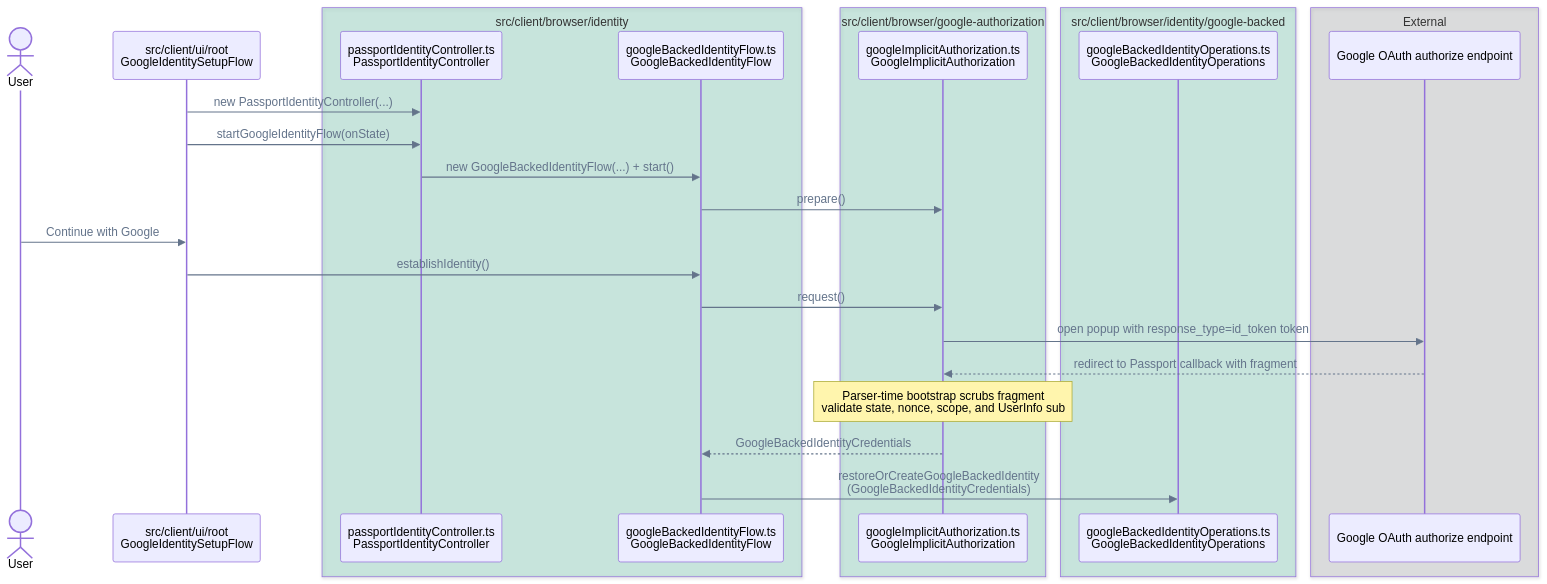
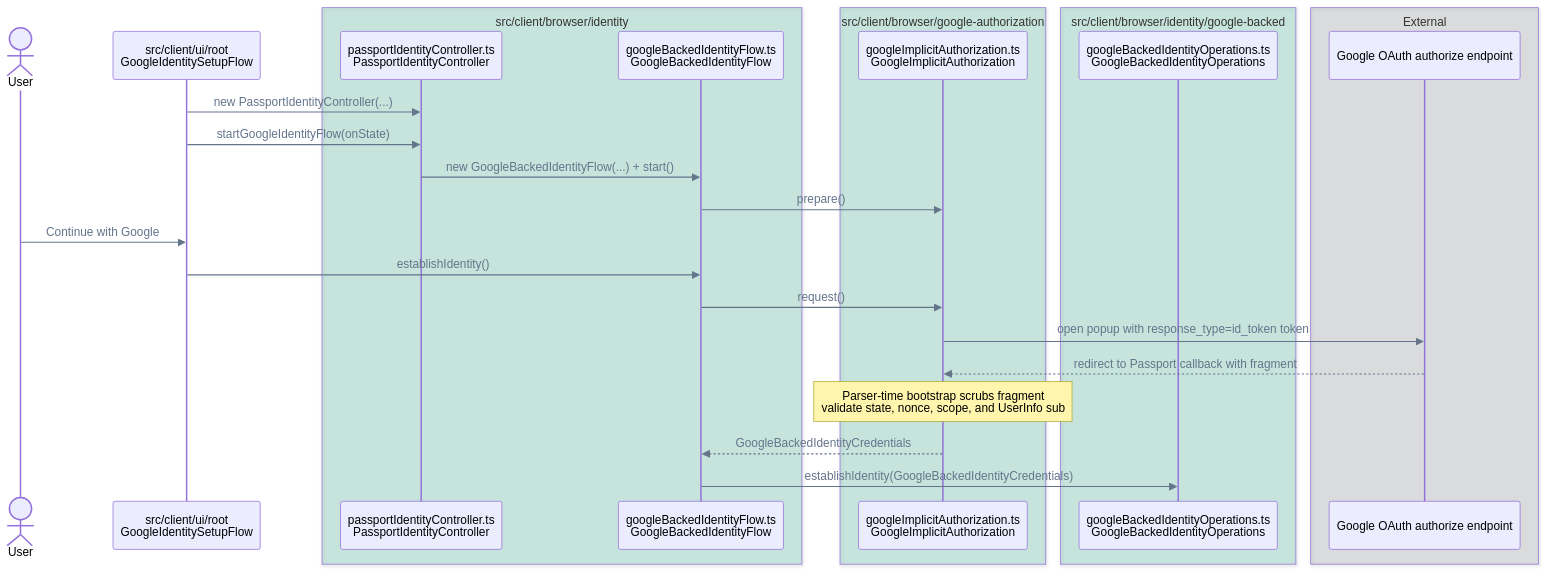
The seventh of 14 diagrams in FLOWS.md (pubky/pubky-passport), drawn with Mermaid before and after one commit. The commit also changed other lines of this file and 49 other files, not shown here.

Commit message:
refactor: simplify google backed identity flow and operations

````diff
--- a/FLOWS.md
+++ b/FLOWS.md
@@ -301,34 +301,34 @@
 ```mermaid
 %%{init: {"themeVariables": {"signalColor": "#64748B", "signalTextColor": "#64748B"}}}%%
 sequenceDiagram
     accTitle: Single Google implicit popup call flow
     accDescr: One user click requests identity and Drive scopes; the callback fragment is scrubbed during HTML parsing and credentials remain browser-only.
     actor User
     participant UI as src/client/ui/root<br/>GoogleIdentitySetupFlow
     box rgba(0, 158, 115, 0.18) src/client/browser/identity
         participant Controller as passportIdentityController.ts<br/>PassportIdentityController
         participant GoogleFlow as googleBackedIdentityFlow.ts<br/>GoogleBackedIdentityFlow
     end
     box rgba(0, 158, 115, 0.18) src/client/browser/google-authorization
         participant Authorization as googleImplicitAuthorization.ts<br/>GoogleImplicitAuthorization
     end
     box rgba(0, 158, 115, 0.18) src/client/browser/identity/google-backed
         participant Operations as googleBackedIdentityOperations.ts<br/>GoogleBackedIdentityOperations
     end
     box rgba(17, 24, 39, 0.12) External
         participant OAuth as Google OAuth authorize endpoint
     end
 
     UI->>Controller: new PassportIdentityController(...)
     UI->>Controller: startGoogleIdentityFlow(onState)
     Controller->>GoogleFlow: new GoogleBackedIdentityFlow(...) + start()
     GoogleFlow->>Authorization: prepare()
     User->>UI: Continue with Google
     UI->>GoogleFlow: establishIdentity()
     GoogleFlow->>Authorization: request()
     Authorization->>OAuth: open popup with response_type=id_token token
     OAuth-->>Authorization: redirect to Passport callback with fragment
     Note over Authorization: Parser-time bootstrap scrubs fragment<br/>validate state, nonce, scope, and UserInfo sub
     Authorization-->>GoogleFlow: GoogleBackedIdentityCredentials
-    GoogleFlow->>Operations: restoreOrCreateGoogleBackedIdentity<br/>(GoogleBackedIdentityCredentials)
+    GoogleFlow->>Operations: establishIdentity(GoogleBackedIdentityCredentials)
 ```
````
